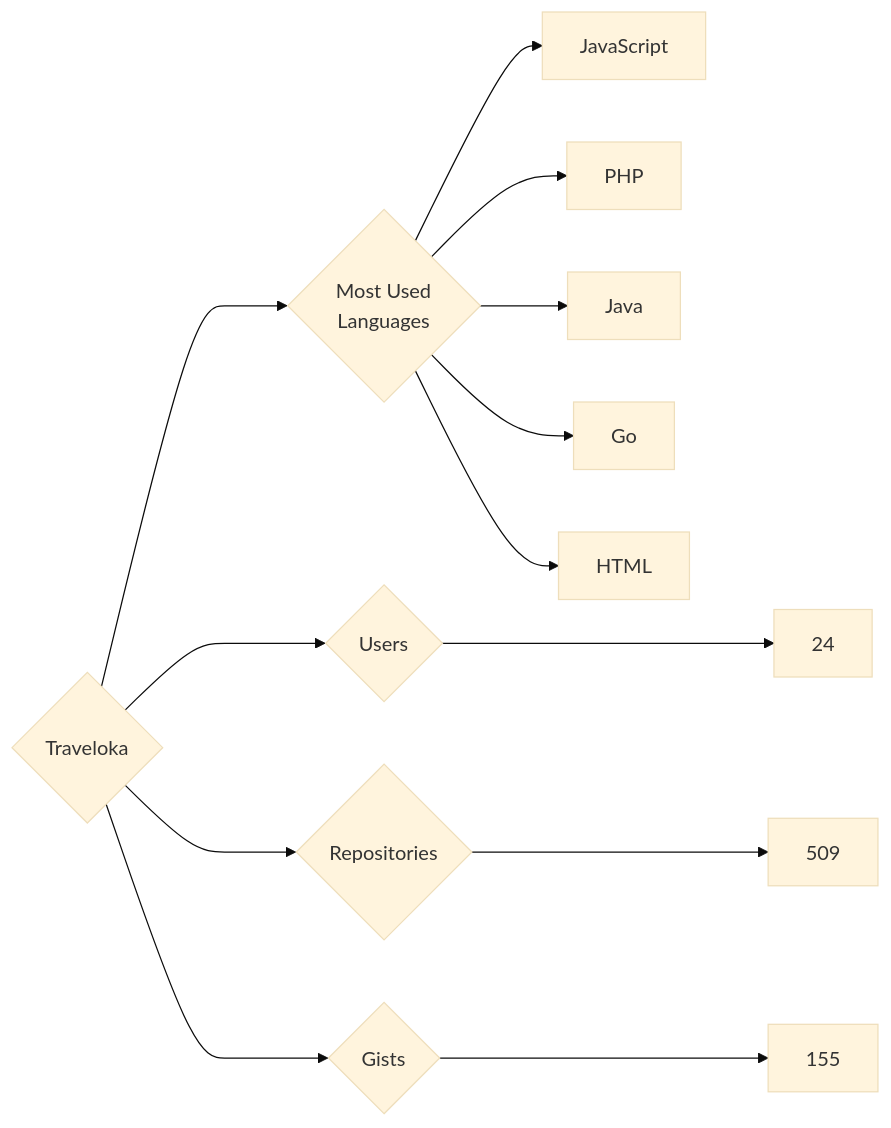
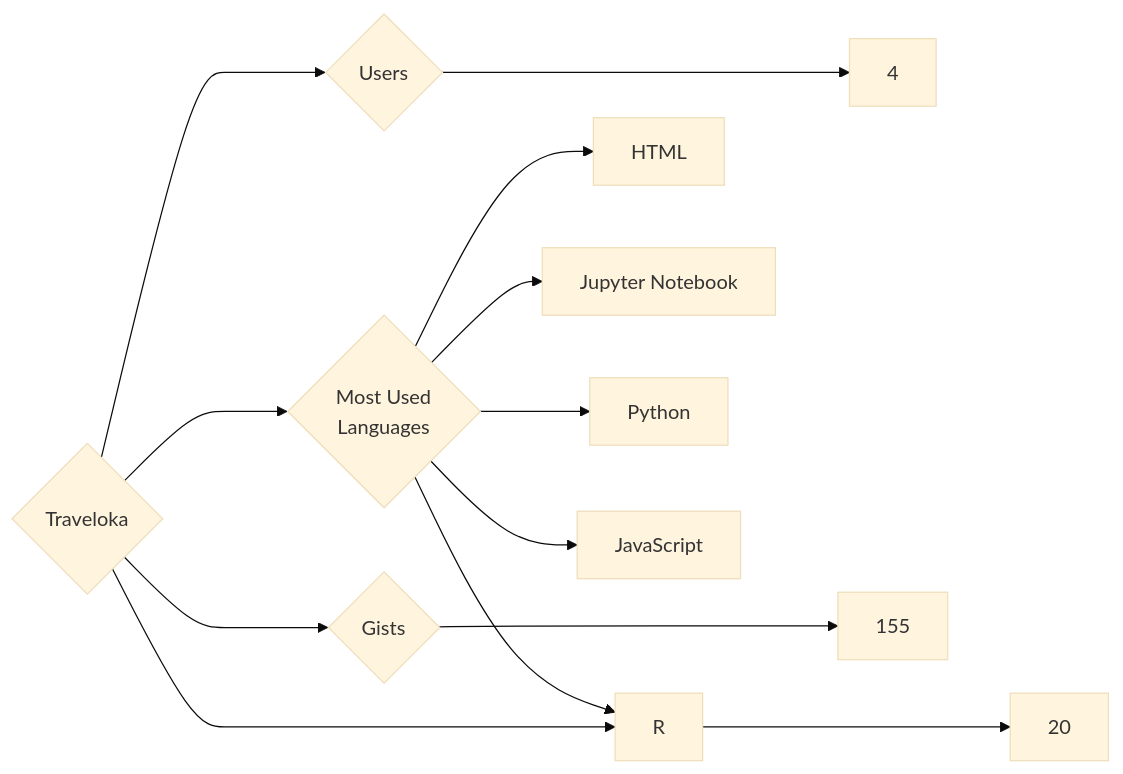
One commit to trickest/insiders changed the diagram in targets/Traveloka/README.md. Above: the diagram before and after it, drawn with Mermaid (base theme). The commit also changed 1496 other files, not shown here.

````diff
--- a/targets/Traveloka/README.md
+++ b/targets/Traveloka/README.md
@@ -3,13 +3,13 @@
 ```mermaid
 graph LR
 COMPANY_NAME{Traveloka}
-COMPANY_NAME ---> U{Users} ---> UN[24]
-COMPANY_NAME ---> R{Repositories} ---> RN[509]
+COMPANY_NAME ---> U{Users} ---> UN[4]
+COMPANY_NAME ---> R{Repositories} ---> RN[20]
 COMPANY_NAME ---> G{Gists} ---> GN[155]
 COMPANY_NAME ---> ML{Most Used<br>Languages}
+ML --> HTML[HTML]
+ML --> Jupyter_Notebook[Jupyter Notebook]
+ML --> R[R]
+ML --> Python[Python]
 ML --> JavaScript[JavaScript]
-ML --> PHP[PHP]
-ML --> Java[Java]
-ML --> Go[Go]
-ML --> HTML[HTML]
 ```
````
